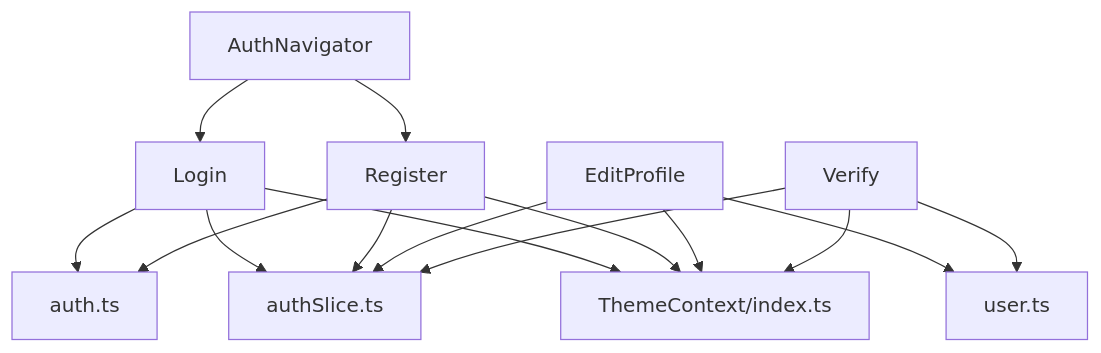
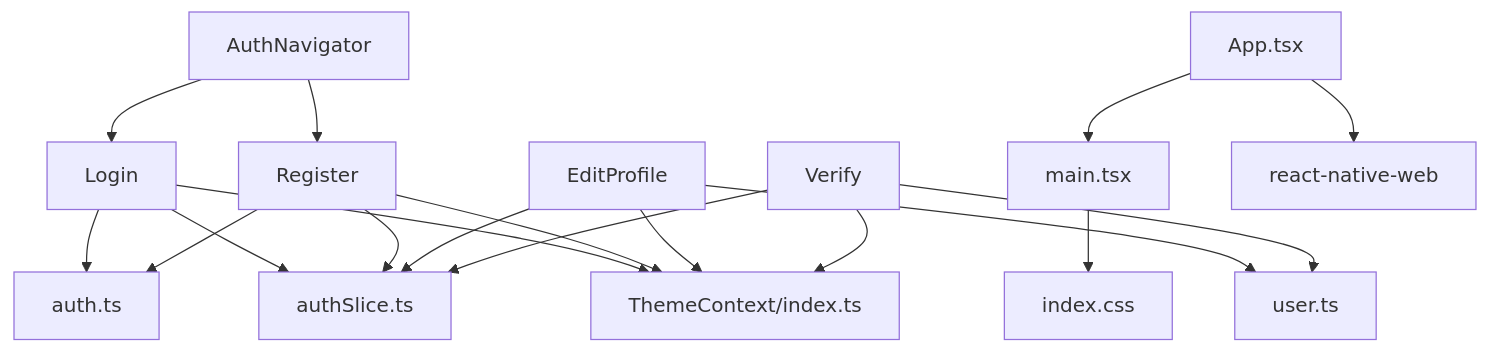
One commit to yinsw-c2e/drone_Rental_platform_v1 changed diagram 11 of 11 in .qoder/repowiki/zh/content/移动端应用/用户界面模块.md. Above: the diagram before and after it, drawn with Mermaid. The commit also changed other lines of this file and 11 other files, not shown here.

````diff
--- a/.qoder/repowiki/zh/content/移动端应用/用户界面模块.md
+++ b/.qoder/repowiki/zh/content/移动端应用/用户界面模块.md
@@ -411,17 +520,20 @@
 ```mermaid
 graph TB
 Login --> AuthService["auth.ts"]
 Register --> AuthService
 EditProfile --> UserService["user.ts"]
 Verify --> UserService
 Login --> AuthSlice["authSlice.ts"]
 Register --> AuthSlice
 EditProfile --> AuthSlice
 Verify --> AuthSlice
 Login --> Theme["ThemeContext/index.ts"]
 Register --> Theme
 EditProfile --> Theme
 Verify --> Theme
 AuthNav["AuthNavigator"] --> Login
 AuthNav --> Register
+PreviewApp["App.tsx"] --> PreviewMain["main.tsx"]
+PreviewMain --> PreviewCSS["index.css"]
+PreviewApp --> ReactNativeWeb["react-native-web"]
 ```
````
